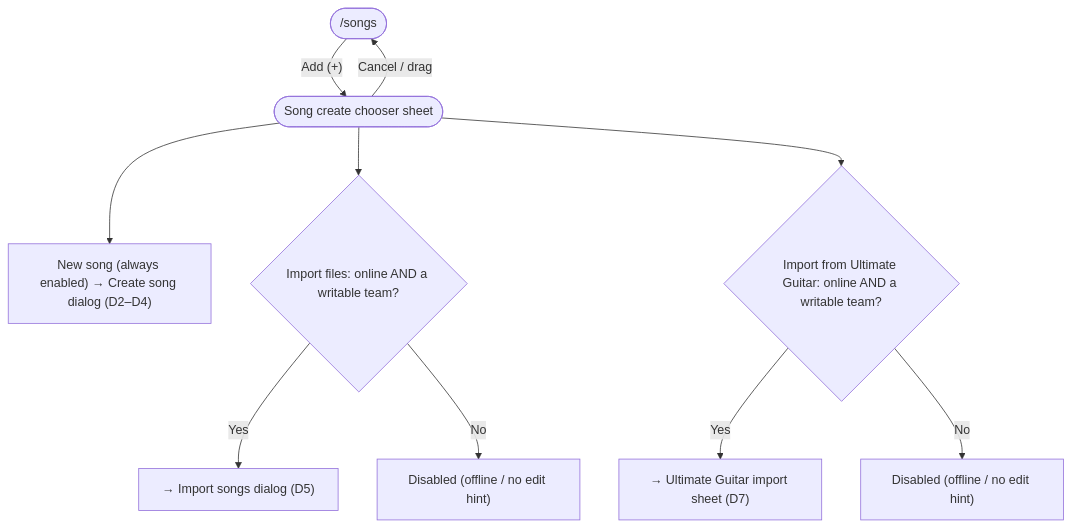
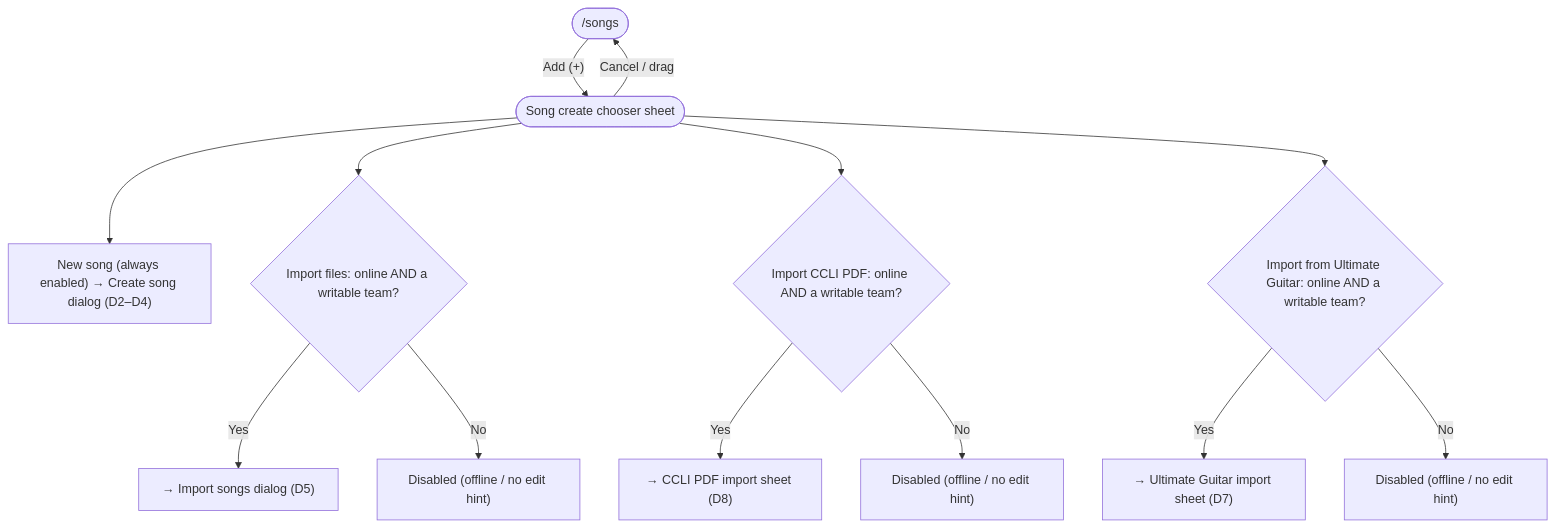
Diagram 15 of 56 in docs/architecture/frontend-user-flows.md (xilefmusics/worshipviewer), drawn with Mermaid before and after one commit. The commit also changed other lines of this file and 33 other files, not shown here.

First line of the commit message:
Import CCLI PDFs and fix rendered sheet capo handling (#257)

````diff
--- a/docs/architecture/frontend-user-flows.md
+++ b/docs/architecture/frontend-user-flows.md
@@ -264,12 +264,15 @@
 ```mermaid
 flowchart TD
     songs(["/songs"]) -->|"Add (+)"| sheet(["Song create chooser sheet"])
     sheet --> newSong["New song (always enabled) → Create song dialog (D2–D4)"]
     sheet --> importBtn{"Import files: online AND a writable team?"}
     importBtn -->|Yes| importDlg["→ Import songs dialog (D5)"]
     importBtn -->|No| impDisabled["Disabled (offline / no edit hint)"]
+    sheet --> pdfBtn{"Import CCLI PDF: online AND a writable team?"}
+    pdfBtn -->|Yes| pdfDlg["→ CCLI PDF import sheet (D8)"]
+    pdfBtn -->|No| pdfDisabled["Disabled (offline / no edit hint)"]
     sheet --> ugBtn{"Import from Ultimate Guitar: online AND a writable team?"}
     ugBtn -->|Yes| ugDlg["→ Ultimate Guitar import sheet (D7)"]
     ugBtn -->|No| ugDisabled["Disabled (offline / no edit hint)"]
     sheet -->|Cancel / drag| songs
 ```
````
